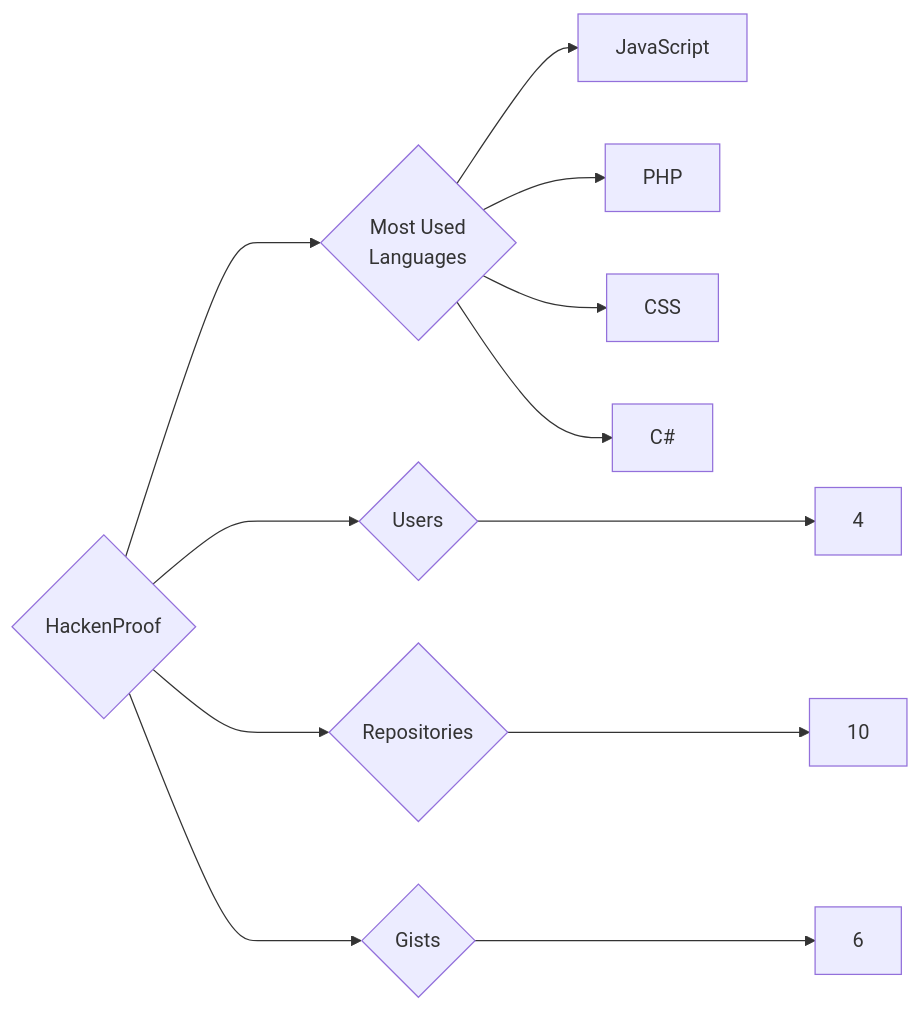
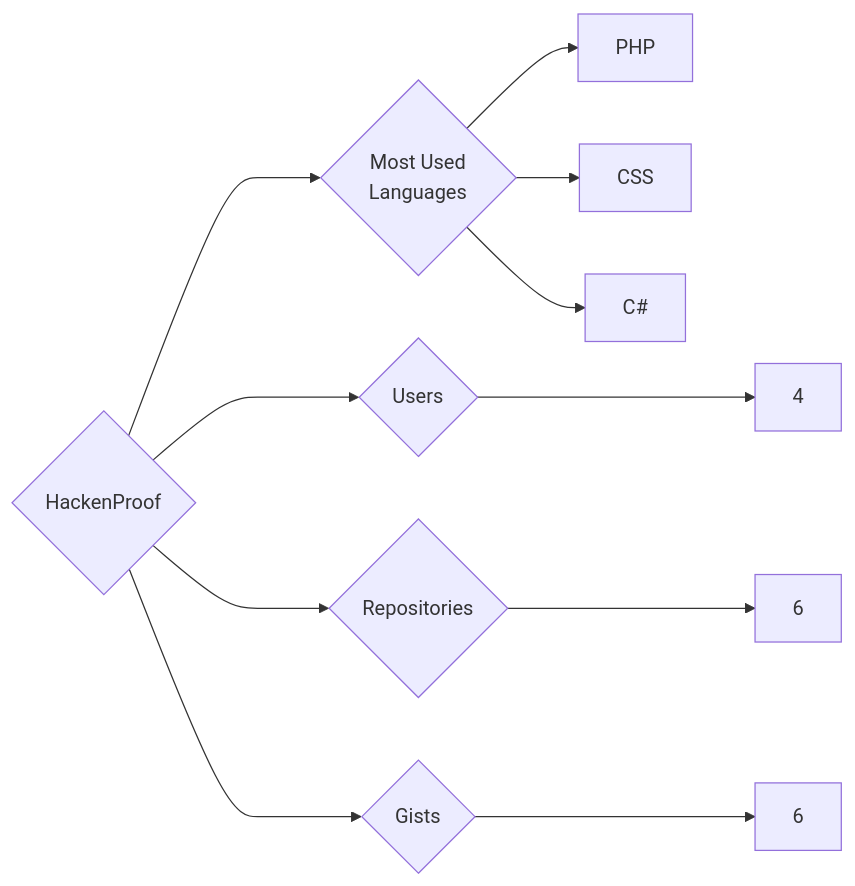
One commit to trickest/insiders changed the diagram in targets/HackenProof/README.md. Above: the diagram before and after it, drawn with Mermaid. The commit also changed 988 other files, not shown here.

````diff
--- a/targets/HackenProof/README.md
+++ b/targets/HackenProof/README.md
@@ -3,12 +3,11 @@
 ```mermaid
 graph LR
 COMPANY_NAME{HackenProof}
 COMPANY_NAME ---> U{Users} ---> UN[4]
-COMPANY_NAME ---> R{Repositories} ---> RN[10]
+COMPANY_NAME ---> R{Repositories} ---> RN[6]
 COMPANY_NAME ---> G{Gists} ---> GN[6]
 COMPANY_NAME ---> ML{Most Used<br>Languages}
-ML --> JavaScript[JavaScript]
 ML --> PHP[PHP]
 ML --> CSS[CSS]
 ML --> C#[C#]
 ```
````
